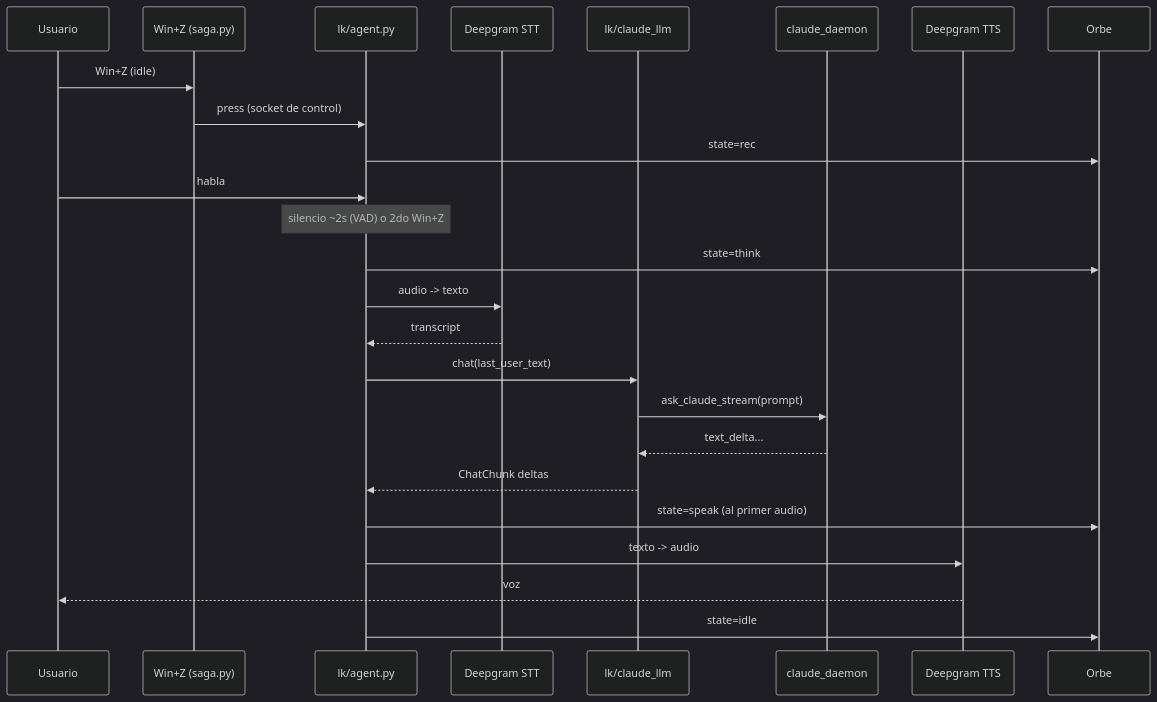
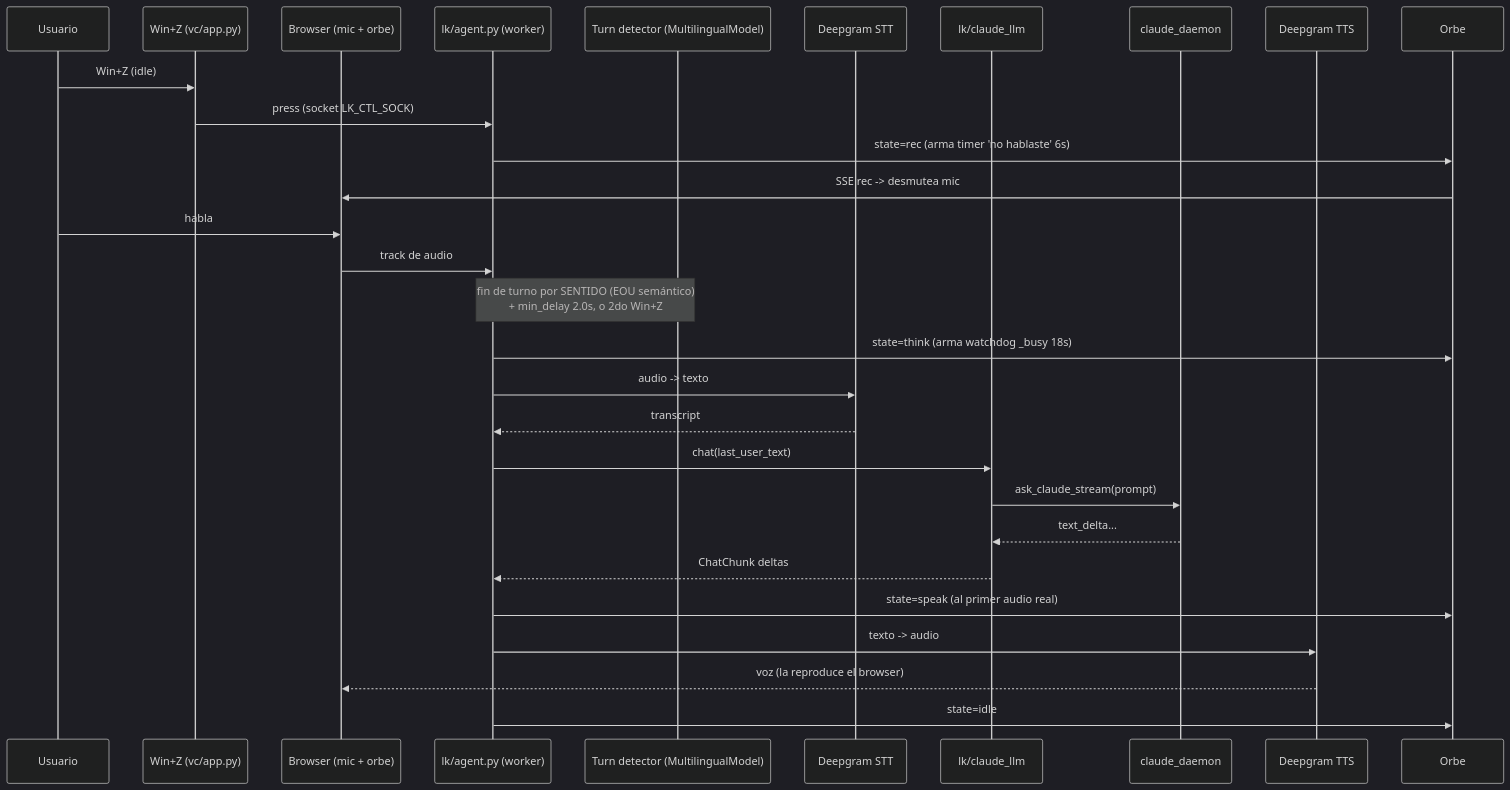
One commit to RenzoPS/saga changed the diagram in docs/turn-flow.md. Above: the diagram before and after it, drawn with Mermaid (dark theme). The commit also changed other lines of this file and 8 other files, not shown here.

````diff
--- a/docs/turn-flow.md
+++ b/docs/turn-flow.md
@@ -18,28 +24,32 @@
 ```mermaid
 sequenceDiagram
     participant U as Usuario
-    participant K as Win+Z (saga.py)
-    participant A as lk/agent.py
+    participant K as Win+Z (vc/app.py)
+    participant B as Browser (mic + orbe)
+    participant A as lk/agent.py (worker)
+    participant TD as Turn detector (MultilingualModel)
     participant DG as Deepgram STT
     participant L as lk/claude_llm
     participant CD as claude_daemon
     participant T as Deepgram TTS
     participant O as Orbe
 
     U->>K: Win+Z (idle)
-    K->>A: press (socket de control)
-    A->>O: state=rec
-    U->>A: habla
-    Note over A: silencio ~2s (VAD) o 2do Win+Z
-    A->>O: state=think
+    K->>A: press (socket LK_CTL_SOCK)
+    A->>O: state=rec  (arma timer 'no hablaste' 6s)
+    O->>B: SSE rec -> desmutea mic
+    U->>B: habla
+    B->>A: track de audio
+    Note over A,TD: fin de turno por SENTIDO (EOU semántico)<br/>+ min_delay 2.0s, o 2do Win+Z
+    A->>O: state=think  (arma watchdog _busy 18s)
     A->>DG: audio -> texto
     DG-->>A: transcript
     A->>L: chat(last_user_text)
     L->>CD: ask_claude_stream(prompt)
     CD-->>L: text_delta...
     L-->>A: ChatChunk deltas
-    A->>O: state=speak (al primer audio)
+    A->>O: state=speak (al primer audio real)
     A->>T: texto -> audio
-    T-->>U: voz
+    T-->>B: voz (la reproduce el browser)
     A->>O: state=idle
 ```
````
